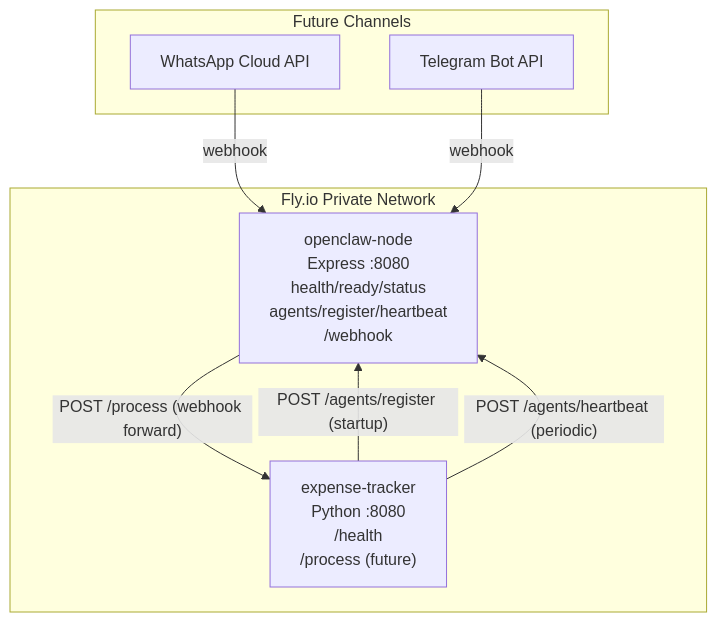
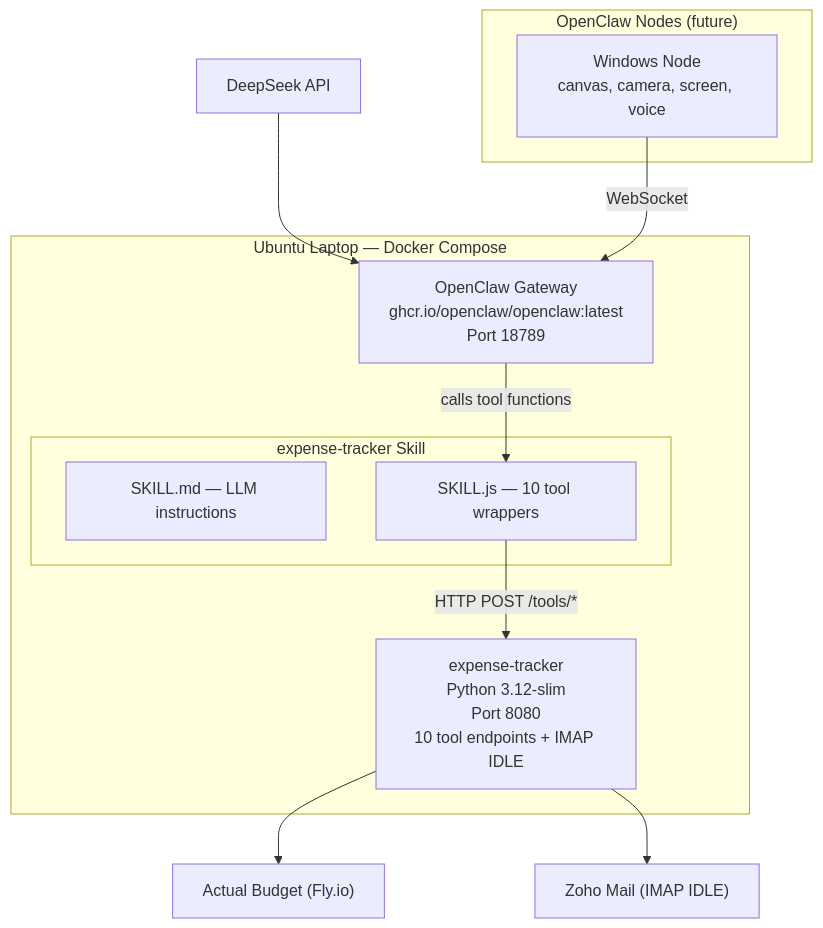
Before and after one commit to darrencjh8/darren-openclaw: the fifth of 9 diagrams in design.md, drawn with Mermaid. The commit also changed other lines of this file and 15 other files, not shown here.

First line of the commit message:
Rewrite openclaw-node for OpenClaw Gateway + expense-tracker skill

````diff
--- a/design.md
+++ b/design.md
@@ -384,19 +377,25 @@
 ```mermaid
 graph TB
-    subgraph FlyIO["Fly.io Private Network"]
-        OC["openclaw-node<br/>Express :8080<br/>health/ready/status<br/>agents/register/heartbeat<br/>/webhook"]
-        ET["expense-tracker<br/>Python :8080<br/>/health<br/>/process (future)"]
+    subgraph Local["Ubuntu Laptop — Docker Compose"]
+        GW["OpenClaw Gateway<br/>ghcr.io/openclaw/openclaw:latest<br/>Port 18789"]
         
-        ET -->|"POST /agents/register (startup)"| OC
-        ET -->|"POST /agents/heartbeat (periodic)"| OC
-        OC -->|"POST /process (webhook forward)"| ET
+        subgraph Skill["expense-tracker Skill"]
+            MD["SKILL.md — LLM instructions"]
+            JS["SKILL.js — 10 tool wrappers"]
+        end
+        
+        ET["expense-tracker<br/>Python 3.12-slim<br/>Port 8080<br/>10 tool endpoints + IMAP IDLE"]
+        
+        GW -->|"calls tool functions"| JS
+        JS -->|"HTTP POST /tools/*"| ET
     end
 
-    subgraph Future["Future Channels"]
-        WA["WhatsApp Cloud API"]
-        TG["Telegram Bot API"]
+    DS["DeepSeek API"] --> GW
+    ET --> AB["Actual Budget (Fly.io)"]
+    ET --> Zoho["Zoho Mail (IMAP IDLE)"]
+
+    subgraph Nodes["OpenClaw Nodes (future)"]
+        WIN["Windows Node<br/>canvas, camera, screen, voice"]
     end
-
-    WA -->|"webhook"| OC
-    TG -->|"webhook"| OC
+    WIN -->|"WebSocket"| GW
 ```
````
